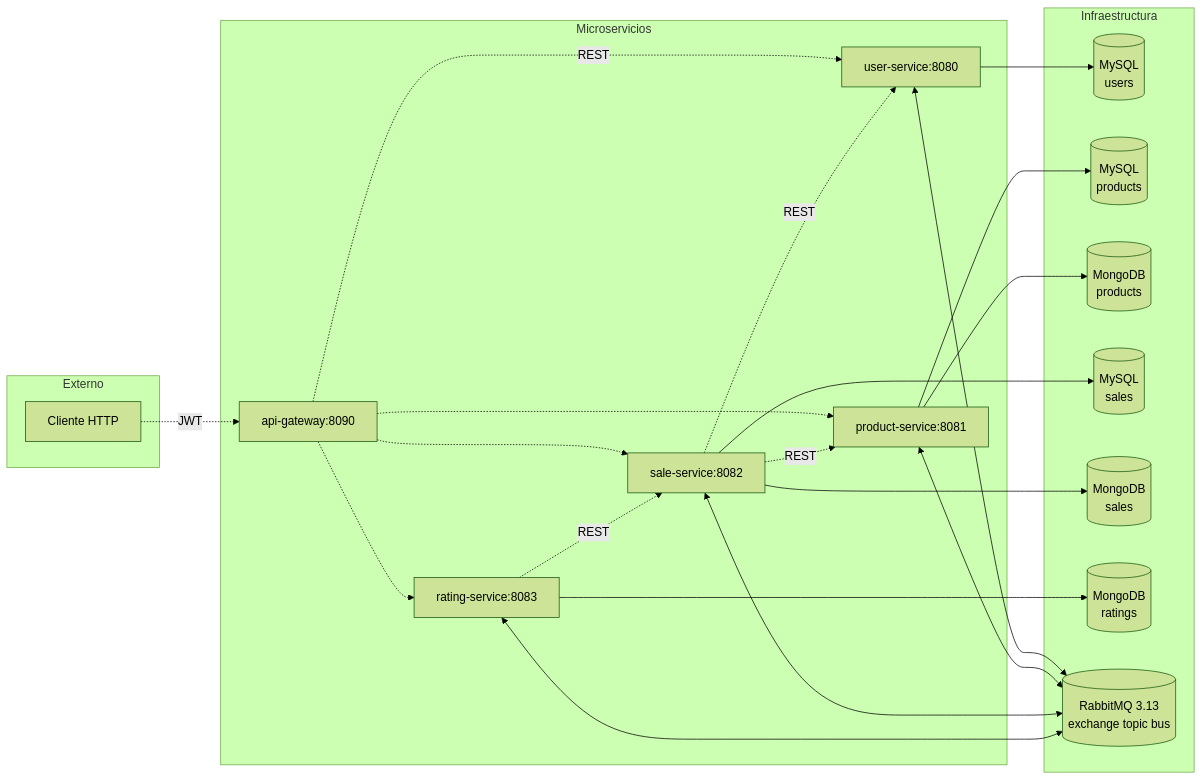
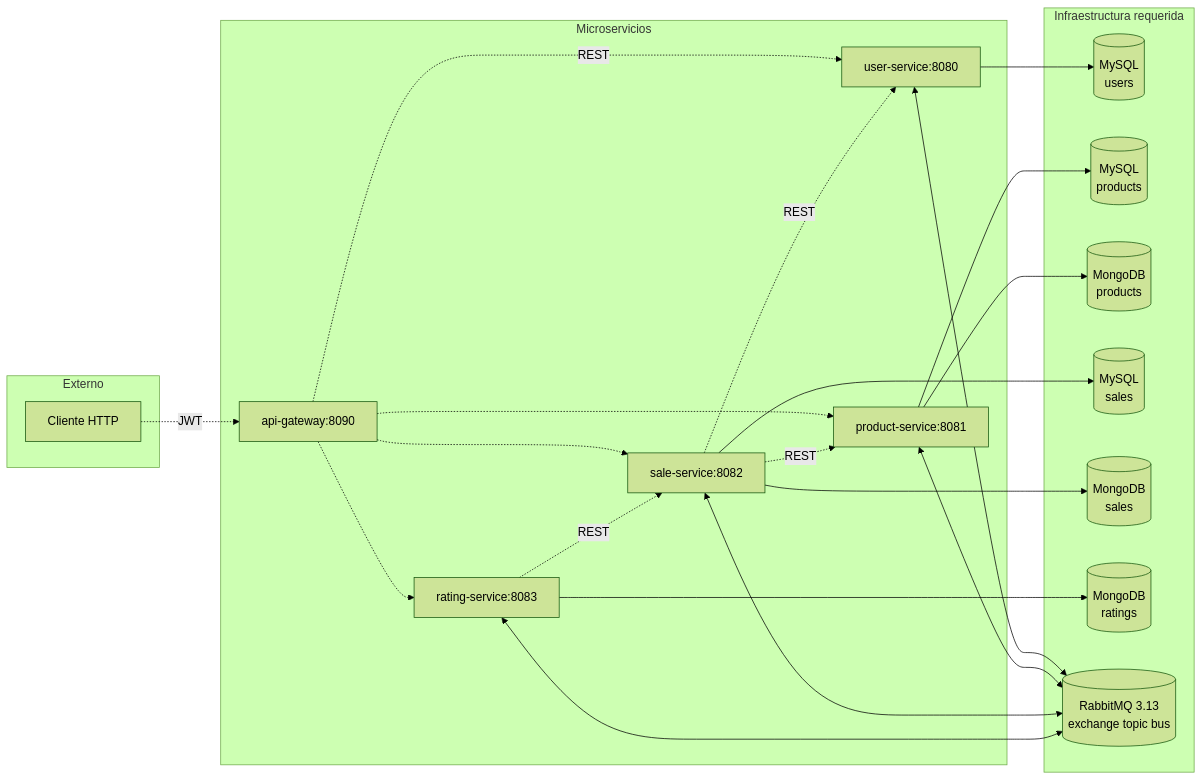
Before and after one commit to ibracb/segundum: the diagram in docs/01-backend.md, drawn with Mermaid (forest theme).

Commit message:
Rename subgraph to 'Infraestructura requerida'

````diff
--- a/docs/01-backend.md
+++ b/docs/01-backend.md
@@ -30,46 +30,46 @@
 ```mermaid
 flowchart LR
     subgraph Externo
         C[Cliente HTTP]
     end
 
     subgraph "Microservicios"
         G["api-gateway:8090"]
         U["user-service:8080"]
         P["product-service:8081"]
         S["sale-service:8082"]
         R["rating-service:8083"]
     end
 
-    subgraph "Infraestructura"
+    subgraph "Infraestructura requerida"
         MU[(MySQL<br/>users)]
         MP[(MySQL<br/>products)]
         MO[(MongoDB<br/>products)]
         MS[(MySQL<br/>sales)]
         SO[(MongoDB<br/>sales)]
         RO[(MongoDB<br/>ratings)]
         Q[(RabbitMQ 3.13<br/>exchange topic bus)]
     end
 
     C -.->|JWT| G
     G -.->|REST| U
     G -.-> P
     G -.-> S
     G -.-> R
 
     U --> MU
     P --> MP
     P --> MO
     S --> MS
     S --> SO
     R --> RO
 
     U <--> Q
     P <--> Q
     S <--> Q
     R <--> Q
 
     S -.->|REST| U
     S -.->|REST| P
     R -.->|REST| S
 ```
````
